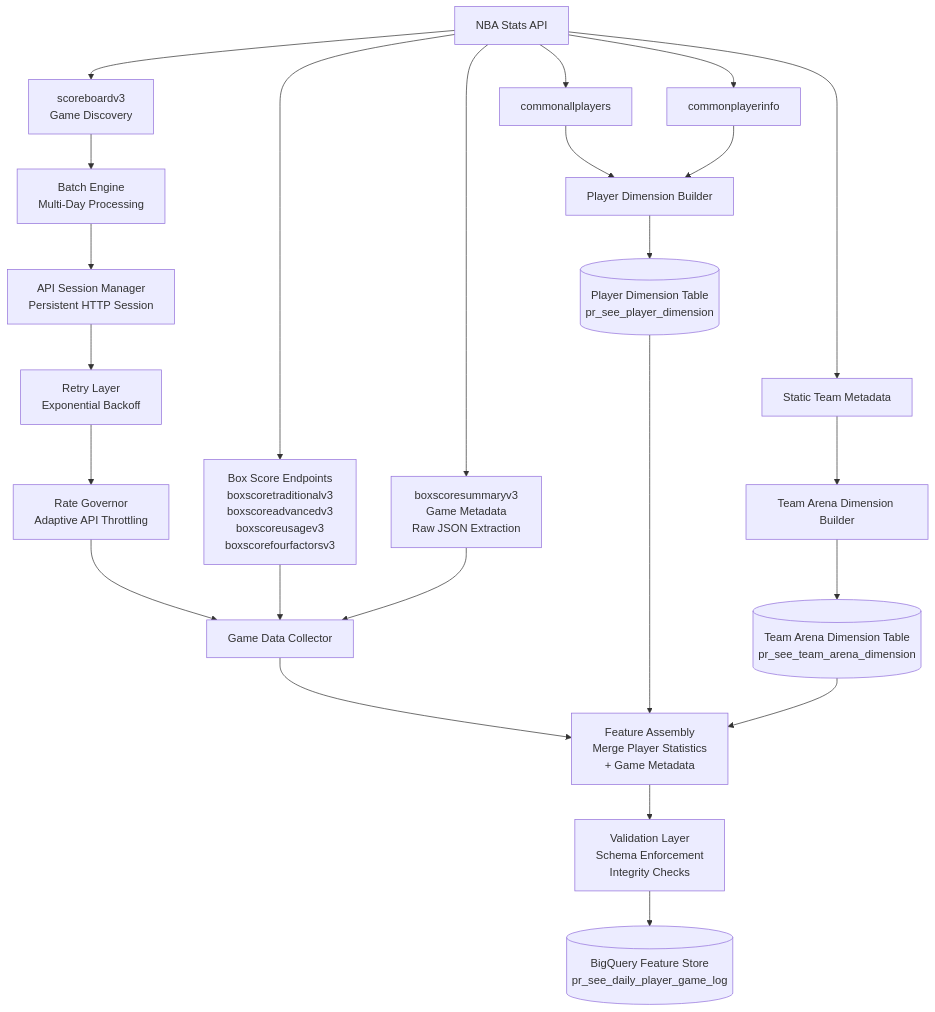
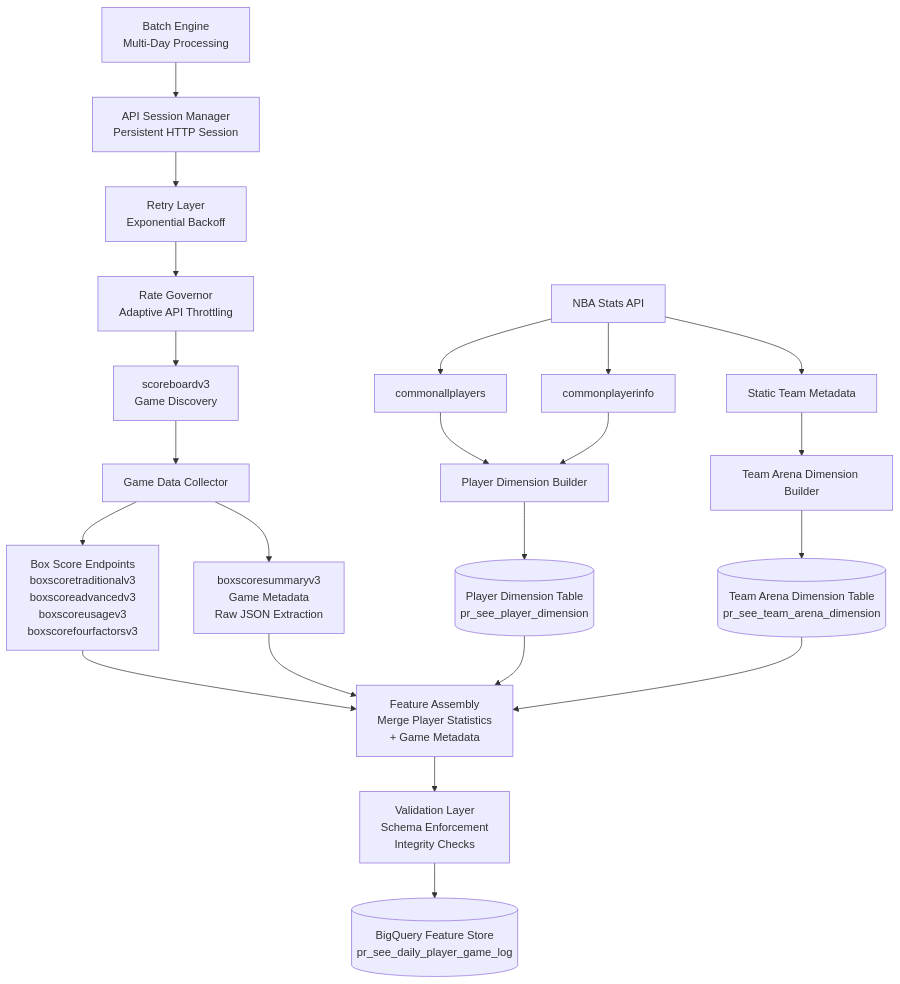
Before and after one commit to zh412/nba-feature-store: the diagram in README.md, drawn with Mermaid.

Commit message:
Update architecture diagram to reflect full ingestion orchestration layer

````diff
--- a/README.md
+++ b/README.md
@@ -65,76 +65,78 @@
 ```mermaid
 flowchart TD
 
 %% =========================================================
 %% EXTERNAL DATA SOURCE
 %% =========================================================
 
 A[NBA Stats API]
 
 %% =========================================================
+%% INGESTION ORCHESTRATION LAYER
+%% Governs ALL NBA API calls made by the pipeline
+%% =========================================================
+
+C1[Batch Engine<br>Multi-Day Processing]
+C2[API Session Manager<br>Persistent HTTP Session]
+C3[Retry Layer<br>Exponential Backoff]
+C4[Rate Governor<br>Adaptive API Throttling]
+
+C1 --> C2
+C2 --> C3
+C3 --> C4
+
+%% =========================================================
 %% GAME DISCOVERY
 %% =========================================================
 
-A --> B1[scoreboardv3<br>Game Discovery]
-
-%% =========================================================
-%% INGESTION ORCHESTRATION
-%% =========================================================
-
-B1 --> C1[Batch Engine<br>Multi-Day Processing]
-C1 --> C2[API Session Manager<br>Persistent HTTP Session]
-C2 --> C3[Retry Layer<br>Exponential Backoff]
-C3 --> C4[Rate Governor<br>Adaptive API Throttling]
+C4 --> B1[scoreboardv3<br>Game Discovery]
 
 %% =========================================================
 %% GAME DATA COLLECTION
 %% =========================================================
 
-C4 --> D1[Game Data Collector]
+B1 --> D1[Game Data Collector]
 
-A --> B2[Box Score Endpoints<br>boxscoretraditionalv3<br>boxscoreadvancedv3<br>boxscoreusagev3<br>boxscorefourfactorsv3]
+D1 --> B2[Box Score Endpoints<br>boxscoretraditionalv3<br>boxscoreadvancedv3<br>boxscoreusagev3<br>boxscorefourfactorsv3]
 
-A --> B3[boxscoresummaryv3<br>Game Metadata<br>Raw JSON Extraction]
-
-B2 --> D1
-B3 --> D1
+D1 --> B3[boxscoresummaryv3<br>Game Metadata<br>Raw JSON Extraction]
 
 %% =========================================================
 %% DIMENSION PIPELINES
 %% =========================================================
 
 A --> F1[commonallplayers]
 A --> F2[commonplayerinfo]
 
 F1 --> G1[Player Dimension Builder]
 F2 --> G1
 
 G1 --> H1[(Player Dimension Table<br>pr_see_player_dimension)]
 
 A --> F3[Static Team Metadata]
 
 F3 --> G2[Team Arena Dimension Builder]
 
 G2 --> H2[(Team Arena Dimension Table<br>pr_see_team_arena_dimension)]
 
 %% =========================================================
 %% FEATURE ASSEMBLY
 %% =========================================================
 
-D1 --> D2[Feature Assembly<br>Merge Player Statistics<br>+ Game Metadata]
-
+B2 --> D2[Feature Assembly<br>Merge Player Statistics<br>+ Game Metadata]
+B3 --> D2
 H1 --> D2
 H2 --> D2
 
 %% =========================================================
 %% DATA QUALITY LAYER
 %% =========================================================
 
 D2 --> E[Validation Layer<br>Schema Enforcement<br>Integrity Checks]
 
 %% =========================================================
 %% DATA WAREHOUSE
 %% =========================================================
 
 E --> I[(BigQuery Feature Store<br>pr_see_daily_player_game_log)]
 ```
````
